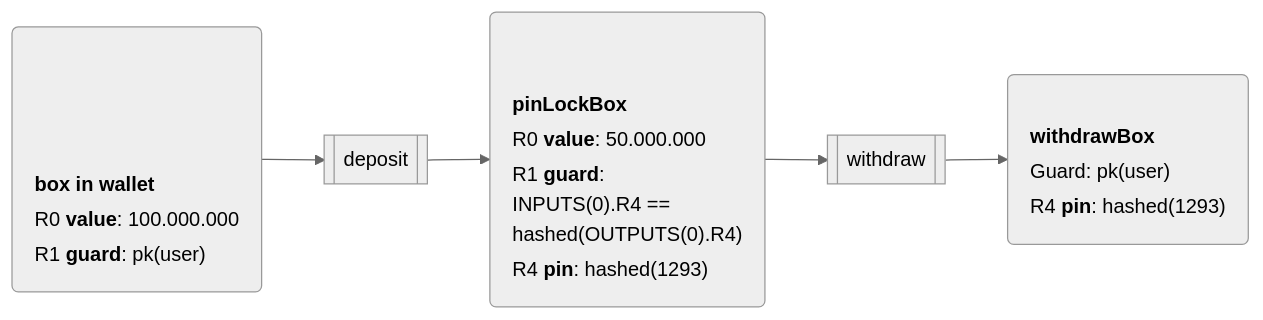
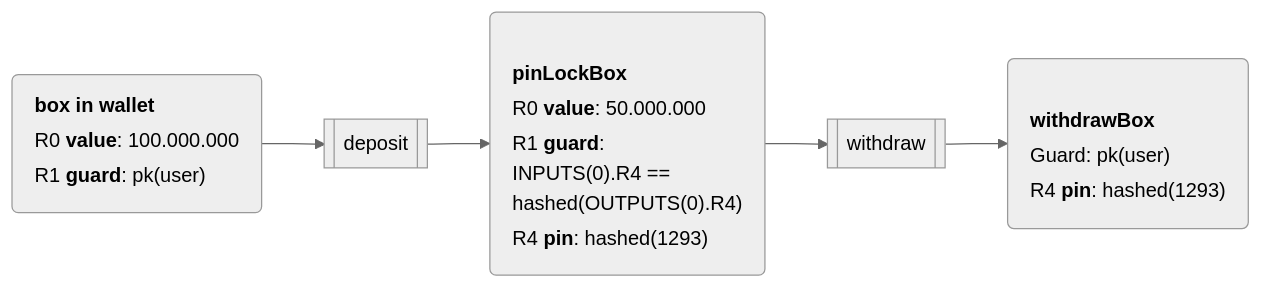
One commit to RalfWeiss/ergo-course-summary changed the diagram in ergoscript/example-contracts/pinLockContract.md. Above: the diagram before and after it, drawn with Mermaid (neutral theme).

Commit message:
pinLockBox: margin-top

````diff
--- a/ergoscript/example-contracts/pinLockContract.md
+++ b/ergoscript/example-contracts/pinLockContract.md
@@ -30,33 +30,33 @@
 ```mermaid
 flowchart LR
 
   %% adjust margin-top: lines = 5; margin-top -12ex --> (lines-1) * 3 ex
-  wallet("<table style='text-align:left; margin-top: -9; margin-bottom: 0;' > 
+  wallet("<table style='text-align:left; margin-top: -12ex; margin-bottom: 0;' > 
     <tr><th '><b>box in wallet</b></th></tr> 
     <tr><td >R0 <b>value</b>: 100.000.000</td></tr>     
     <tr><td >R1 <b>guard</b>: pk(user)</td></tr> 
     </table>  ")
 
   %% adjust margin-top: lines = 5; margin-top -12ex --> (lines-1) * 3 ex
-  pinLockBox("<table style='text-align:left; margin-top: -9ex; margin-bottom: 0;' > 
+  pinLockBox("<table style='text-align:left; margin-top: -12ex; margin-bottom: 0;' > 
     <tr><th '><b>pinLockBox</b></th></tr> 
     <tr><td >R0 <b>value</b>: 50.000.000</td></tr> 
     <tr><td >R1 <b>guard</b>: <br/>INPUTS(0).R4 == <br/>hashed(OUTPUTS(0).R4)</td></tr> 
     <tr><td >R4 <b>pin</b>: hashed(1293)</td></tr>     
     </table>  ")
 
   %% adjust margin-top: lines = 5; margin-top -12ex --> (lines-1) * 3 ex
   withdrawBox("<table style='text-align:left; margin-top: -9ex; margin-bottom: 0;' > 
     <tr><th '><b>withdrawBox</b></th></tr> 
     <tr><td >Guard: pk(user)</td></tr> 
     <tr><td >R4 <b>pin</b>: hashed(1293)</td></tr>
     </table>  ")
 
 
   TDeposit[["deposit"]]
   TWithdraw[["withdraw"]]
 
 
   wallet --> TDeposit --> pinLockBox --> TWithdraw --> withdrawBox
 
 ```
````
